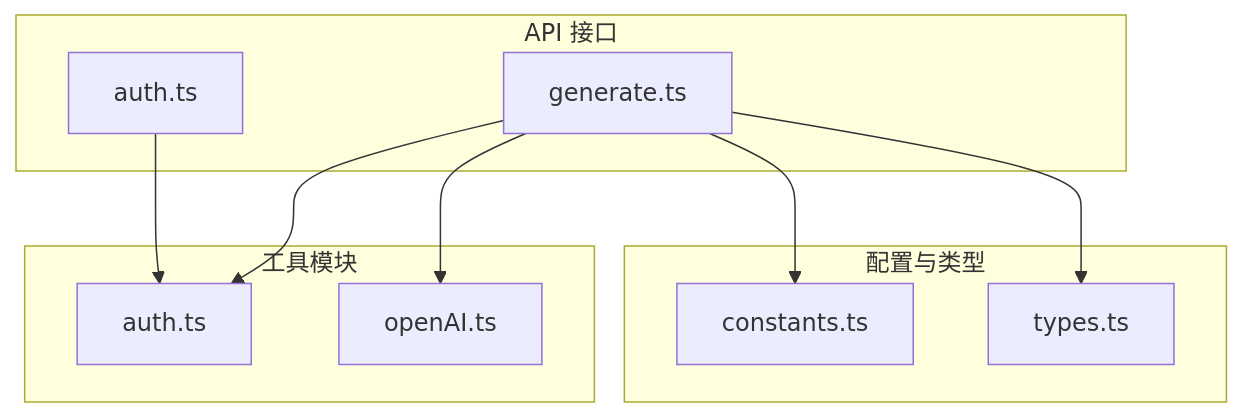
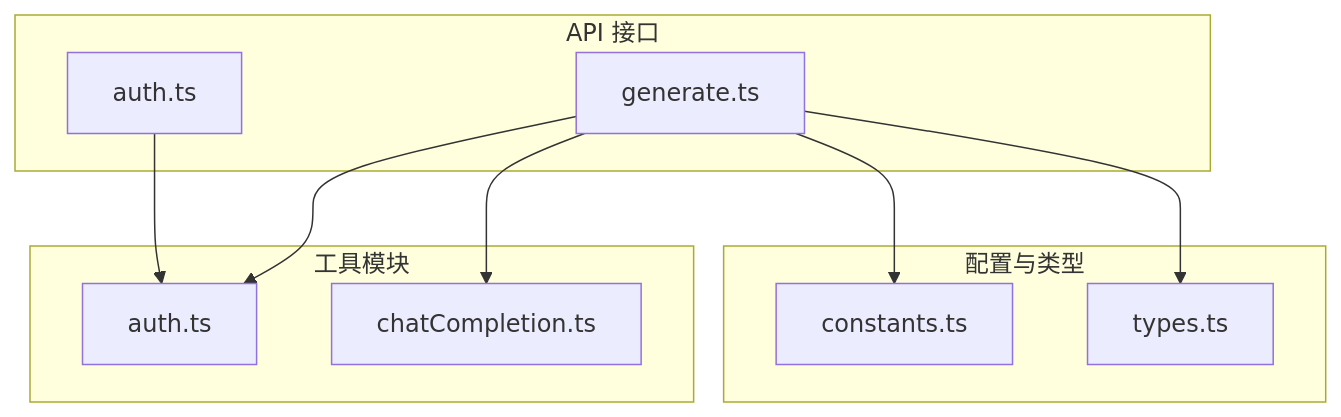
One commit to zfyime/chat-mini changed the first of 6 diagrams in .qoder/repowiki/zh/content/API接口文档/API接口文档.md. Above: the diagram before and after it, drawn with Mermaid. The commit also changed other lines of this file and 52 other files, not shown here.

````diff
--- a/.qoder/repowiki/zh/content/API接口文档/API接口文档.md
+++ b/.qoder/repowiki/zh/content/API接口文档/API接口文档.md
@@ -36,20 +36,20 @@
 ```mermaid
 graph TB
 subgraph "API 接口"
 auth[auth.ts]
 generate[generate.ts]
 end
 subgraph "工具模块"
 utils_auth[auth.ts]
-utils_openAI[openAI.ts]
+utils_openAI[chatCompletion.ts]
 end
 subgraph "配置与类型"
 config[constants.ts]
 types[types.ts]
 end
 auth --> utils_auth
 generate --> utils_auth
 generate --> utils_openAI
 generate --> config
 generate --> types
 ```
````
